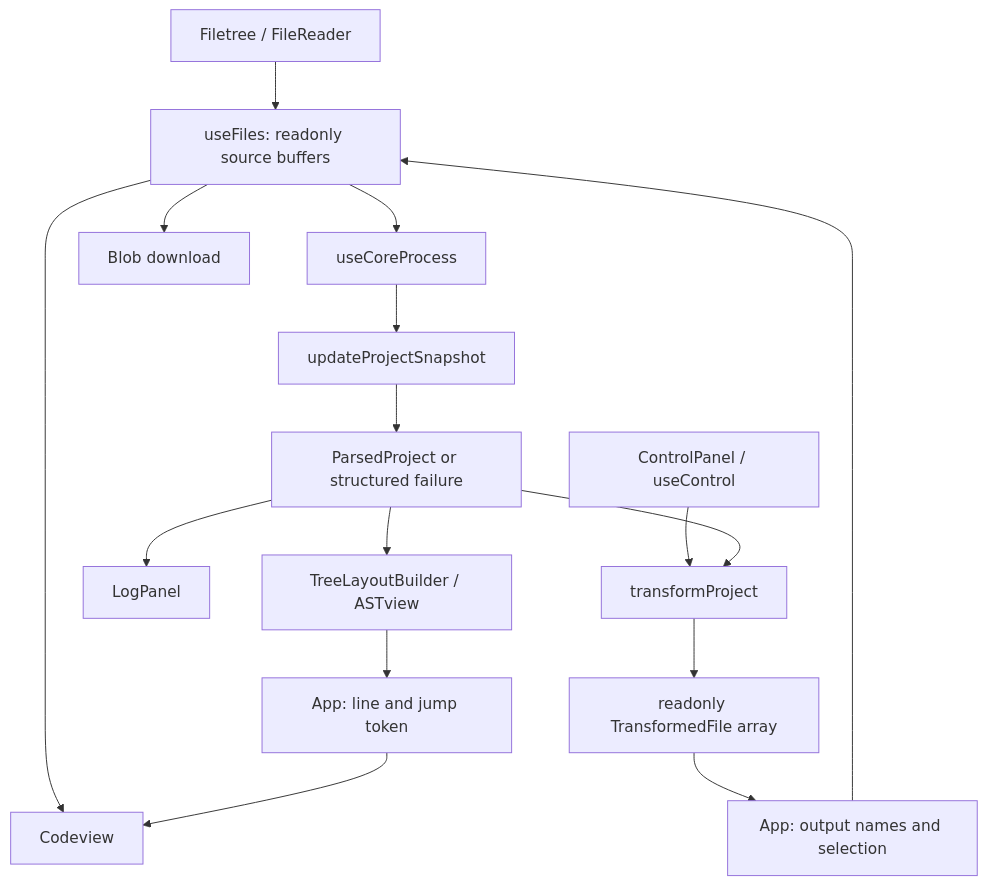
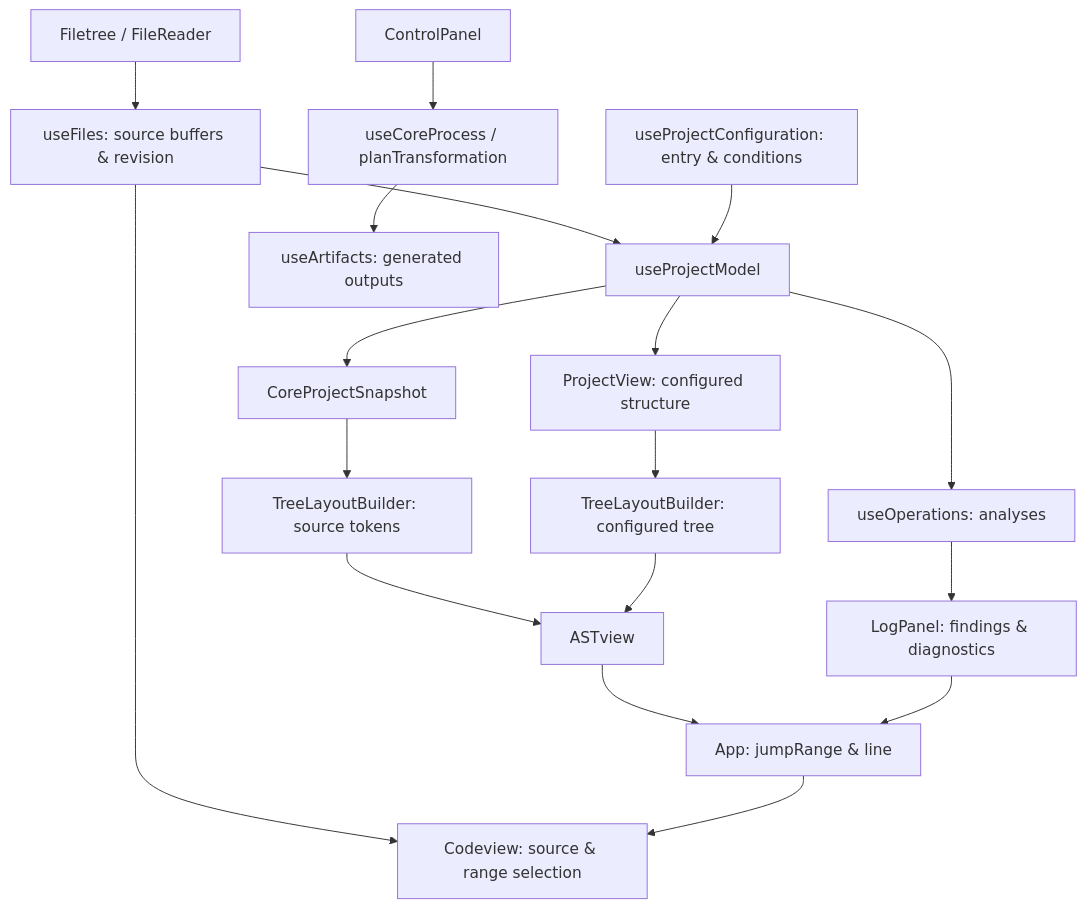
The diagram in docs/architecture.md (preptex/preptex.github.io), drawn with Mermaid before and after one commit. The commit also changed other lines of this file and 32 other files, not shown here.

First line of the commit message:
Implement Phases W1-W5 of project workspace plan for core 0.3.0

````diff
--- a/docs/architecture.md
+++ b/docs/architecture.md
@@ -59,18 +53,20 @@
 ```mermaid
 flowchart TD
-  Upload[Filetree / FileReader] --> Files[useFiles: readonly source buffers]
-  Files --> Core[useCoreProcess]
-  Core --> Adapter[updateProjectSnapshot]
-  Adapter --> Snapshot[ParsedProject or structured failure]
-  Snapshot --> AST[TreeLayoutBuilder / ASTview]
-  Snapshot --> Log[LogPanel]
-  Files --> Code[Codeview]
-  Control[ControlPanel / useControl] --> Transform[transformProject]
-  Snapshot --> Transform
-  Transform --> Outputs[readonly TransformedFile array]
-  Outputs --> App[App: output names and selection]
-  App --> Files
-  Files --> Download[Blob download]
-  AST --> Jump[App: line and jump token]
+  Upload[Filetree / FileReader] --> Files[useFiles: source buffers & revision]
+  Files --> Model[useProjectModel]
+  Config[useProjectConfiguration: entry & conditions] --> Model
+  Model --> Snapshot[CoreProjectSnapshot]
+  Model --> View[ProjectView: configured structure]
+  Snapshot --> ASTSource[TreeLayoutBuilder: source tokens]
+  View --> ASTConfig[TreeLayoutBuilder: configured tree]
+  ASTSource --> AST[ASTview]
+  ASTConfig --> AST
+  Model --> Ops[useOperations: analyses]
+  Ops --> Log[LogPanel: findings & diagnostics]
+  Files --> Code[Codeview: source & range selection]
+  AST --> Jump[App: jumpRange & line]
+  Log --> Jump
   Jump --> Code
+  Control[ControlPanel] --> Transform[useCoreProcess / planTransformation]
+  Transform --> Artifacts[useArtifacts: generated outputs]
 ```
````
